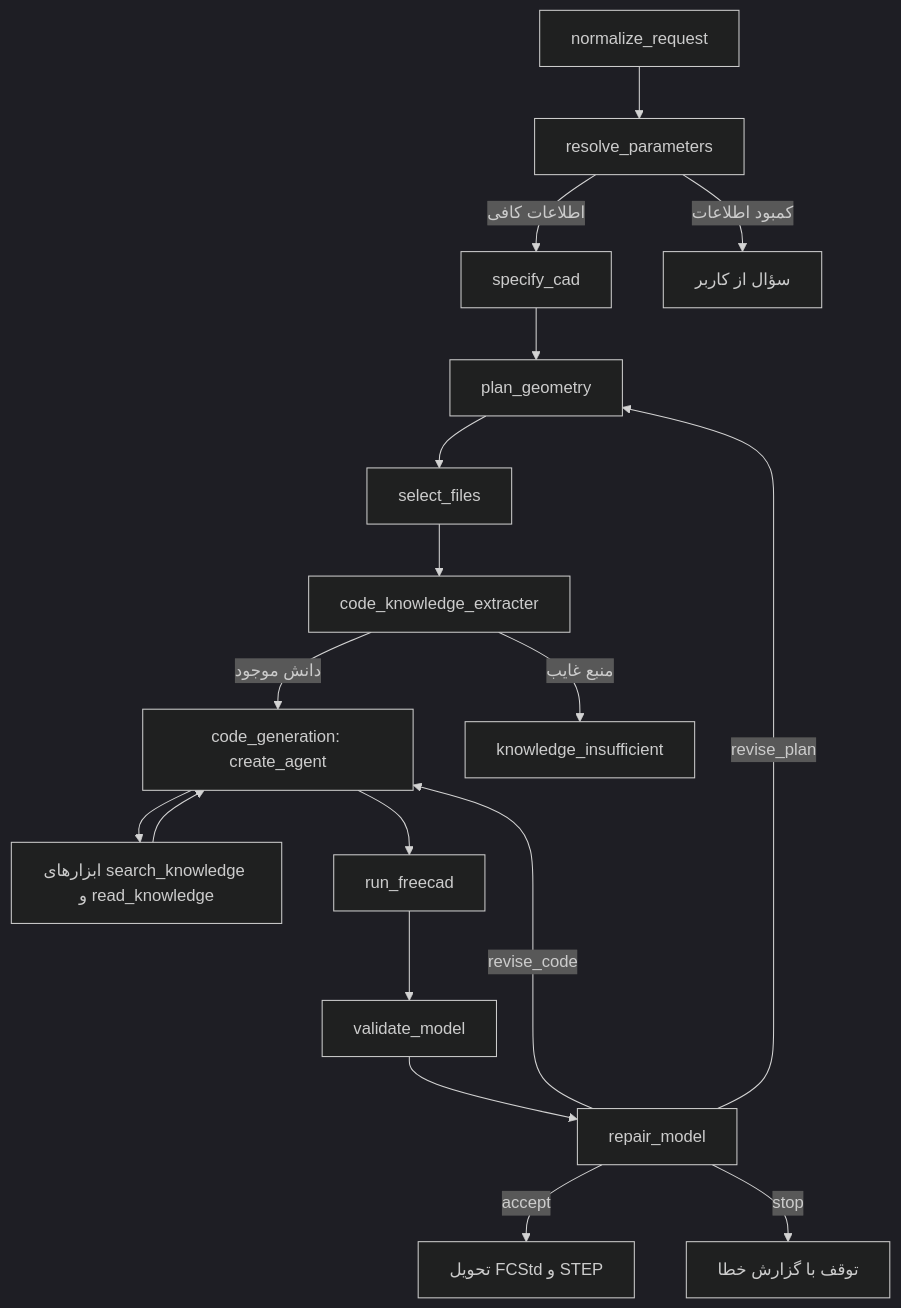
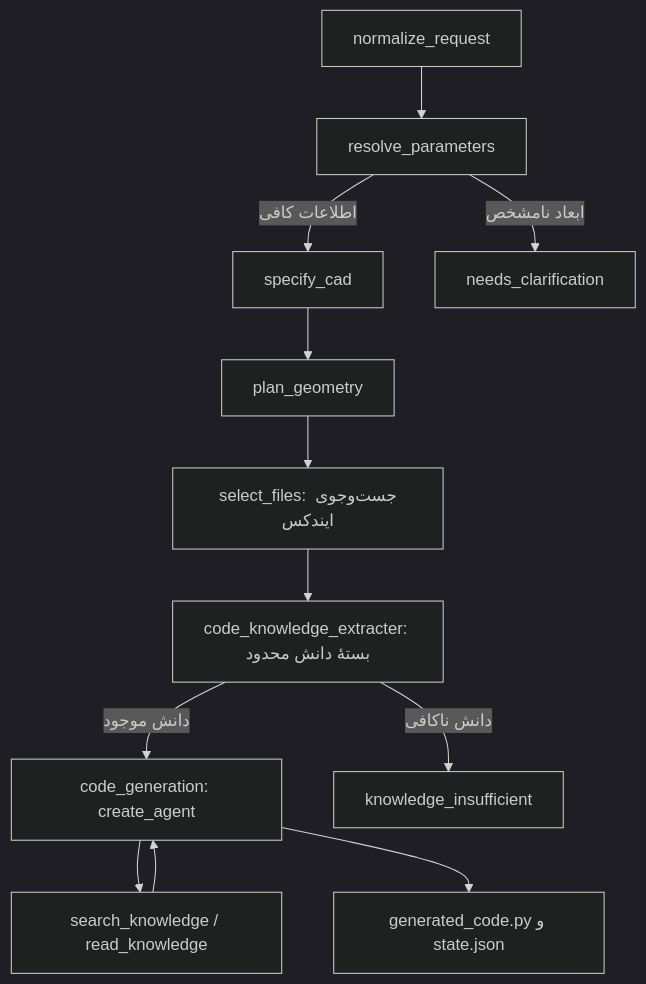
The diagram in langgraph_cad/README.md (Halva-gif/CAD), drawn with Mermaid (dark theme) before and after one commit. The commit also changed other lines of this file and 25 other files, not shown here.

Commit message:
Persist heading-only FreeCAD knowledge index, bound agent context and stop at code generation

````diff
--- a/langgraph_cad/README.md
+++ b/langgraph_cad/README.md
@@ -5,20 +5,14 @@
 ```mermaid
 flowchart TD
-    N[normalize_request] --> R[resolve_parameters]
-    R -->|اطلاعات کافی| S[specify_cad]
-    R -->|کمبود اطلاعات| Q[سؤال از کاربر]
-    S --> P[plan_geometry]
-    P --> F[select_files]
-    F --> K[code_knowledge_extracter]
-    K -->|دانش موجود| C[code_generation: create_agent]
-    K -->|منبع غایب| X[knowledge_insufficient]
-    C --> T[ابزارهای search_knowledge و read_knowledge]
-    T --> C
-    C --> E[run_freecad]
-    E --> V[validate_model]
-    V --> D[repair_model]
-    D -->|accept| A[تحویل FCStd و STEP]
-    D -->|revise_code| C
-    D -->|revise_plan| P
-    D -->|stop| Z[توقف با گزارش خطا]
+    A[normalize_request] --> B[resolve_parameters]
+    B -->|اطلاعات کافی| C[specify_cad]
+    B -->|ابعاد نامشخص| Q[needs_clarification]
+    C --> D[plan_geometry]
+    D --> E[select_files: جست‌وجوی ایندکس]
+    E --> F[code_knowledge_extracter: بستهٔ دانش محدود]
+    F -->|دانش موجود| G[code_generation: create_agent]
+    F -->|دانش ناکافی| X[knowledge_insufficient]
+    G --> T[search_knowledge / read_knowledge]
+    T --> G
+    G --> H[generated_code.py و state.json]
 ```
````
